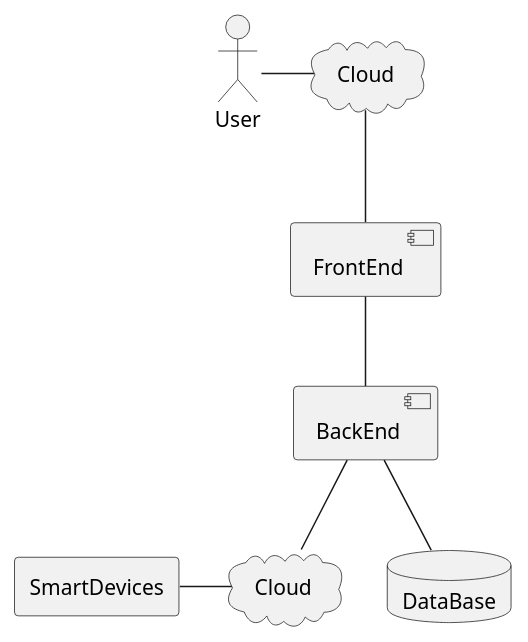
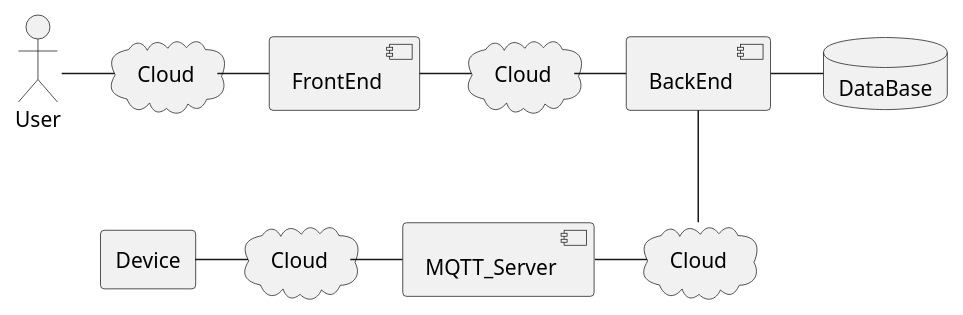
The diagram in comiot/Diagrams/DGeneralDescription.puml (hectorgastaminza/Iot), drawn with PlantUML before and after one commit. The commit also changed 8 other files, not shown here.

```diff
--- a/comiot/Diagrams/DGeneralDescription.puml
+++ b/comiot/Diagrams/DGeneralDescription.puml
@@ -1,18 +1,22 @@
 @startuml
-
 actor User
 component FrontEnd
 component BackEnd
+component MQTT_Server
 database DataBase
 cloud Cloud as C1
 cloud Cloud as C2
-agent SmartDevices
+cloud Cloud as C3
+cloud Cloud as C4
+agent Device
 
 User -right- C1
-C1 -- FrontEnd
-FrontEnd -- BackEnd
-BackEnd -- DataBase
-BackEnd -- C2
-C2 -left- SmartDevices
-
+C1 -right- FrontEnd
+FrontEnd -right- C2
+C2 -right- BackEnd  
+BackEnd -right- DataBase
+BackEnd -down- C3
+C3 -left- MQTT_Server
+MQTT_Server -left- C4
+C4 -left- Device
 @enduml
```
